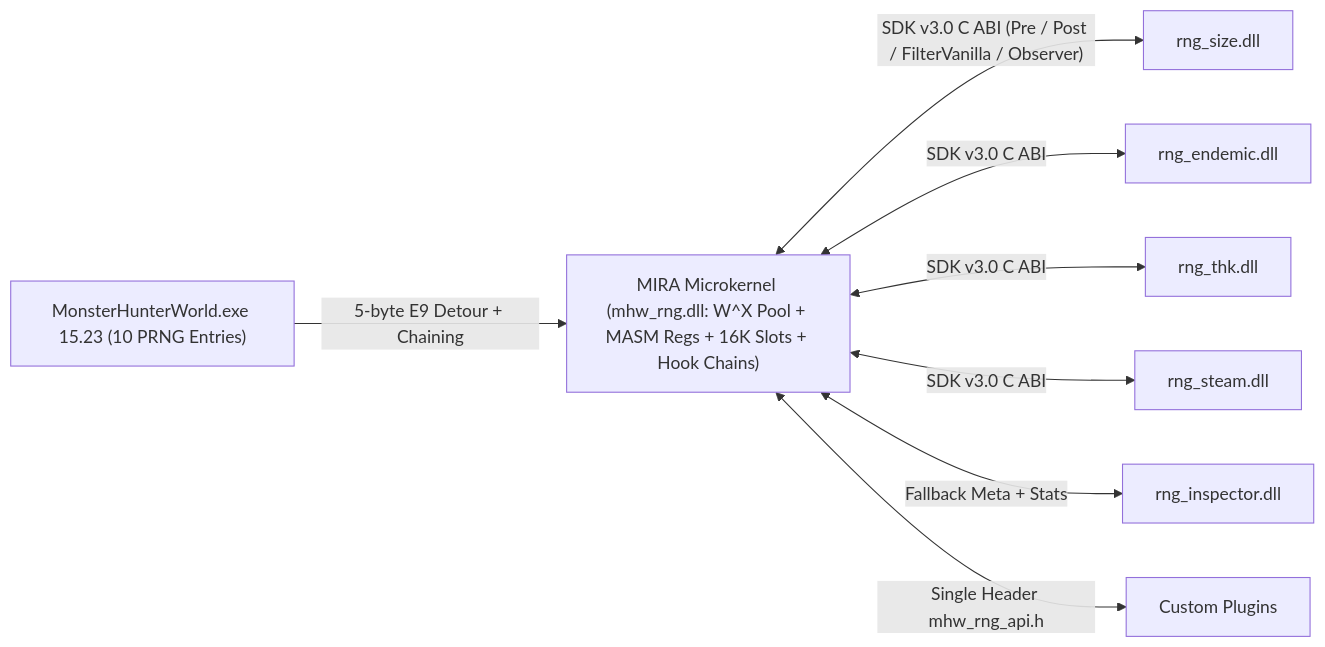
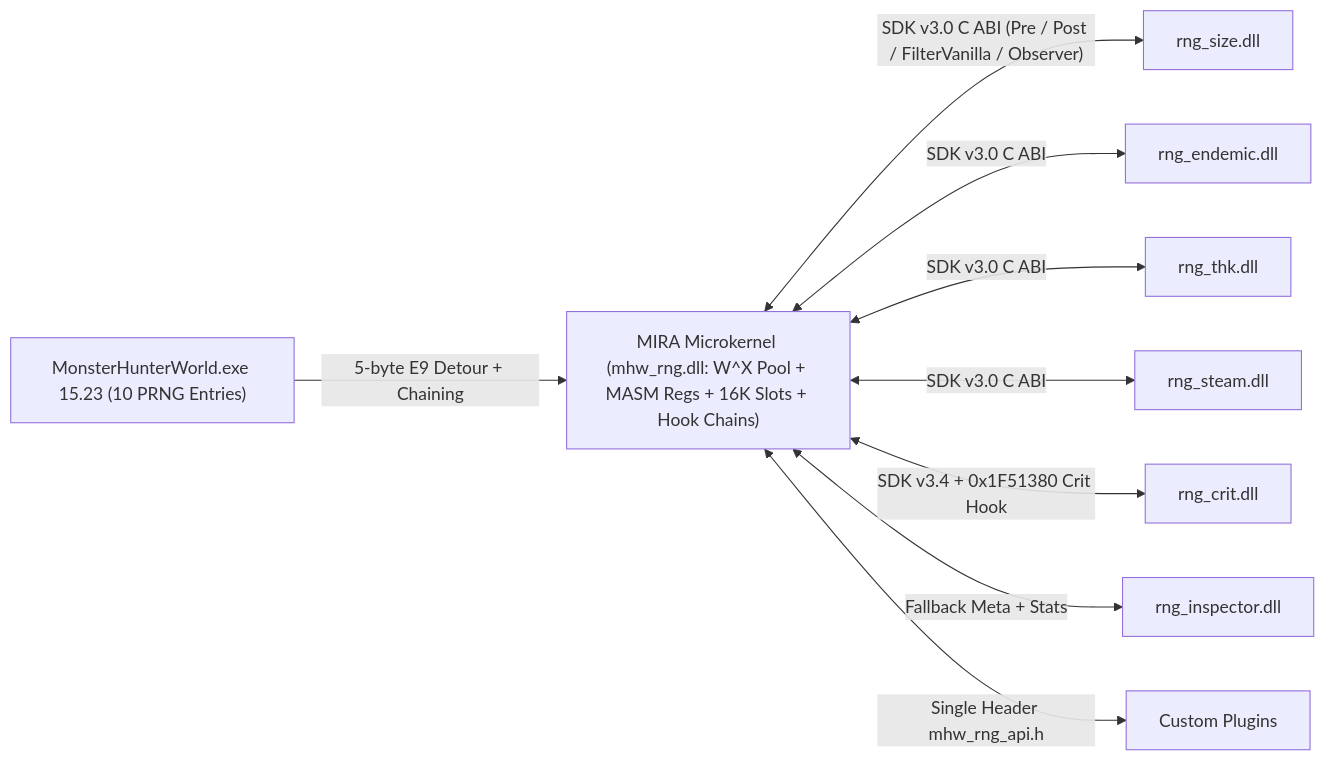
One commit to Miraboreasyu/mhw-rng changed the diagram in README.md. Above: the diagram before and after it, drawn with Mermaid. The commit also changed other lines of this file and 6 other files, not shown here.

Commit message:
feat(crit): add official rng_crit plugin submodule, tests, and docs

````diff
--- a/README.md
+++ b/README.md
@@ -26,19 +26,21 @@
 ```mermaid
 flowchart LR
     Game["MonsterHunterWorld.exe 15.23 (10 PRNG Entries)"]
     Kernel["MIRA Microkernel (mhw_rng.dll: W^X Pool + MASM Regs + 16K Slots + Hook Chains)"]
     PlugSize["rng_size.dll"]
     PlugEnd["rng_endemic.dll"]
     PlugThk["rng_thk.dll"]
     PlugSteam["rng_steam.dll"]
+    PlugCrit["rng_crit.dll"]
     PlugInsp["rng_inspector.dll"]
     PlugCustom["Custom Plugins"]
 
     Game -->|"5-byte E9 Detour + Chaining"| Kernel
     Kernel <-->|"SDK v3.0 C ABI (Pre / Post / FilterVanilla / Observer)"| PlugSize
     Kernel <-->|"SDK v3.0 C ABI"| PlugEnd
     Kernel <-->|"SDK v3.0 C ABI"| PlugThk
     Kernel <-->|"SDK v3.0 C ABI"| PlugSteam
+    Kernel <-->|"SDK v3.4 + 0x1F51380 Crit Hook"| PlugCrit
     Kernel <-->|"Fallback Meta + Stats"| PlugInsp
     Kernel <-->|"Single Header mhw_rng_api.h"| PlugCustom
 ```
````
